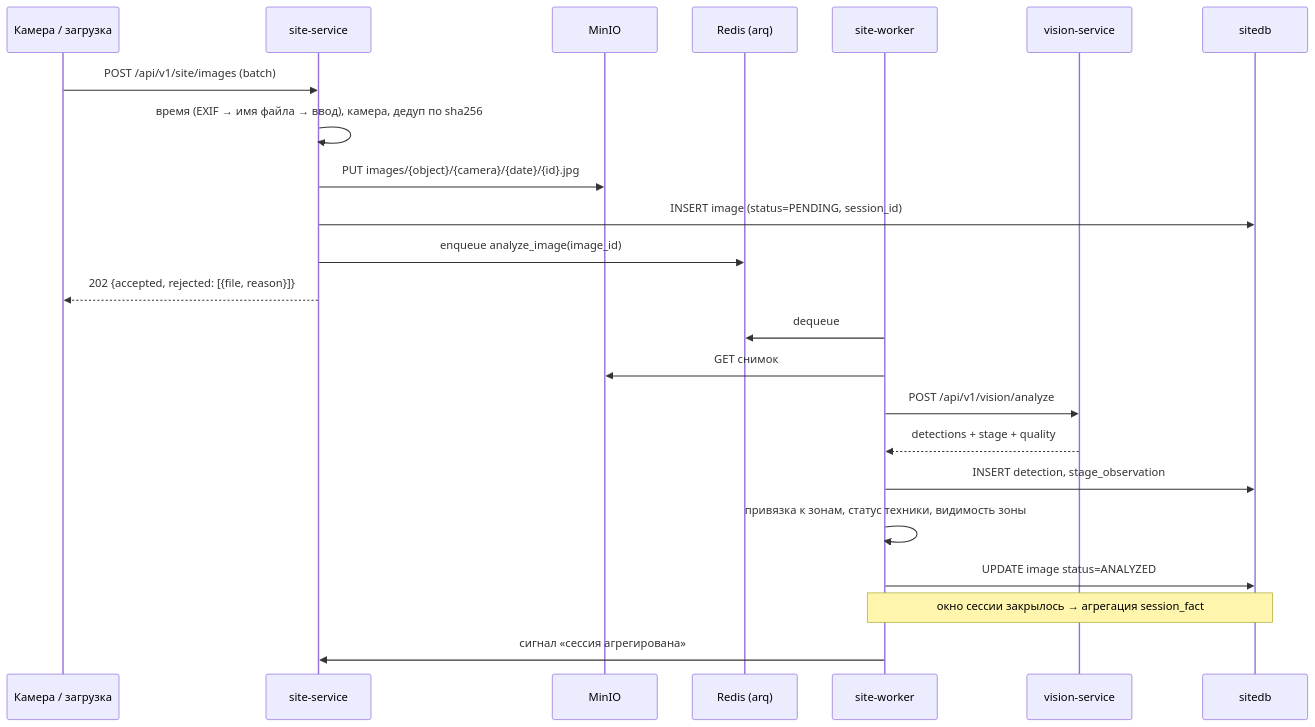
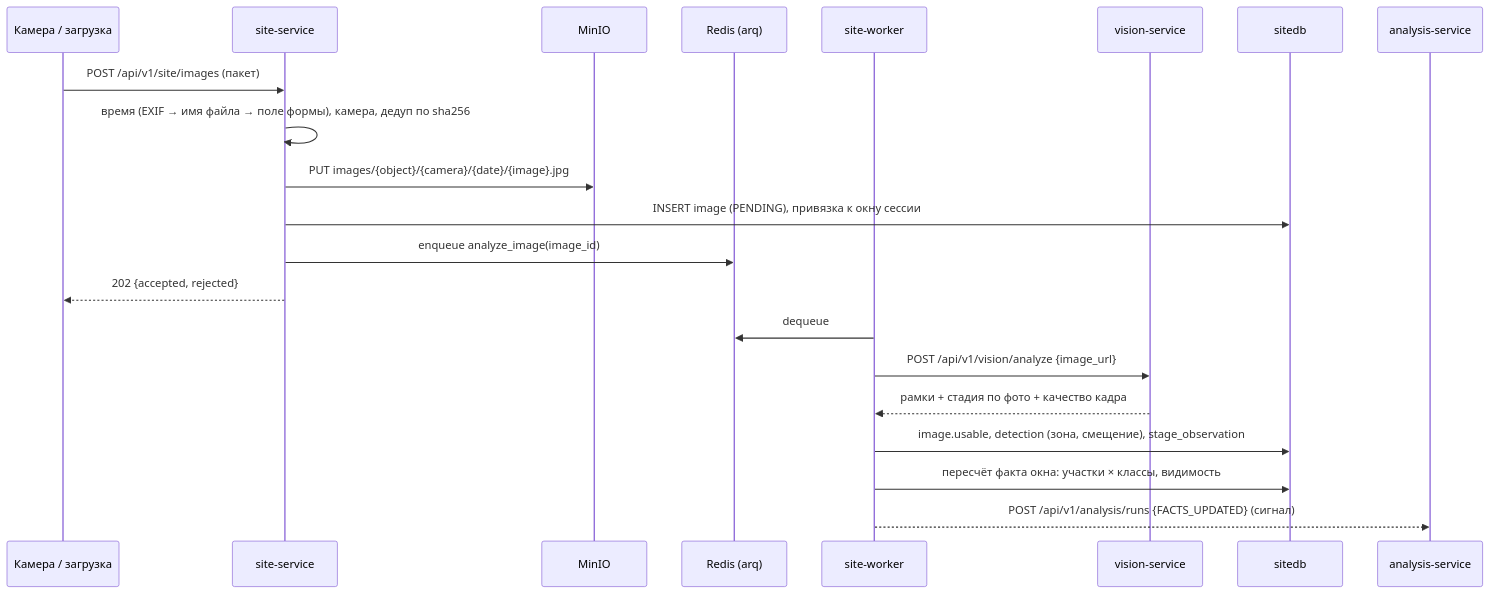
The third of 5 diagrams in docs/architecture.md (cerXXXX/ConstructionSupervision), drawn with Mermaid before and after one commit. The commit also changed other lines of this file and 45 other files, not shown here.

````diff
--- a/docs/architecture.md
+++ b/docs/architecture.md
@@ -140,27 +150,25 @@
 ```mermaid
 sequenceDiagram
     participant SRC as Камера / загрузка
     participant ST as site-service
     participant S3 as MinIO
     participant Q as Redis (arq)
     participant W as site-worker
     participant VS as vision-service
     participant DB as sitedb
+    participant AN as analysis-service
 
-    SRC->>ST: POST /api/v1/site/images (batch)
-    ST->>ST: время (EXIF → имя файла → ввод), камера, дедуп по sha256
-    ST->>S3: PUT images/{object}/{camera}/{date}/{id}.jpg
-    ST->>DB: INSERT image (status=PENDING, session_id)
+    SRC->>ST: POST /api/v1/site/images (пакет)
+    ST->>ST: время (EXIF → имя файла → поле формы), камера, дедуп по sha256
+    ST->>S3: PUT images/{object}/{camera}/{date}/{image}.jpg
+    ST->>DB: INSERT image (PENDING), привязка к окну сессии
     ST->>Q: enqueue analyze_image(image_id)
-    ST-->>SRC: 202 {accepted, rejected: [{file, reason}]}
+    ST-->>SRC: 202 {accepted, rejected}
 
     W->>Q: dequeue
-    W->>S3: GET снимок
-    W->>VS: POST /api/v1/vision/analyze
-    VS-->>W: detections + stage + quality
-    W->>DB: INSERT detection, stage_observation
-    W->>W: привязка к зонам, статус техники, видимость зоны
-    W->>DB: UPDATE image status=ANALYZED
-    Note over W,DB: окно сессии закрылось → агрегация session_fact
-    W->>ST: сигнал «сессия агрегирована»
+    W->>VS: POST /api/v1/vision/analyze {image_url}
+    VS-->>W: рамки + стадия по фото + качество кадра
+    W->>DB: image.usable, detection (зона, смещение), stage_observation
+    W->>DB: пересчёт факта окна: участки × классы, видимость
+    W-->>AN: POST /api/v1/analysis/runs {FACTS_UPDATED} (сигнал)
 ```
````
